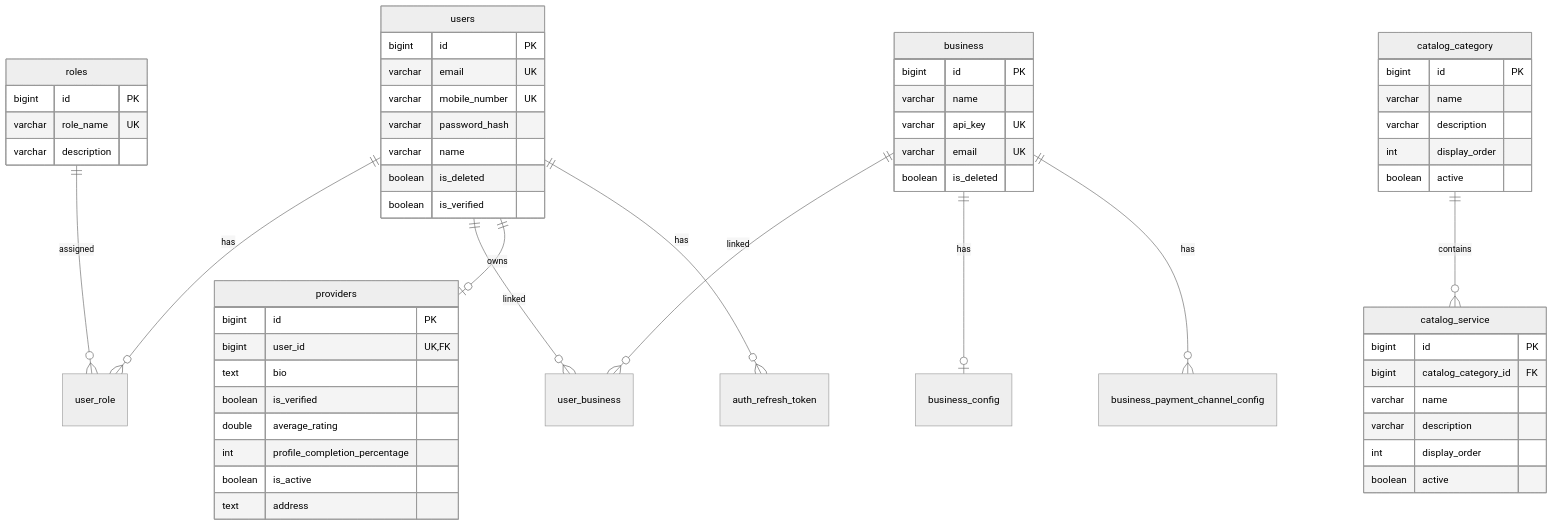
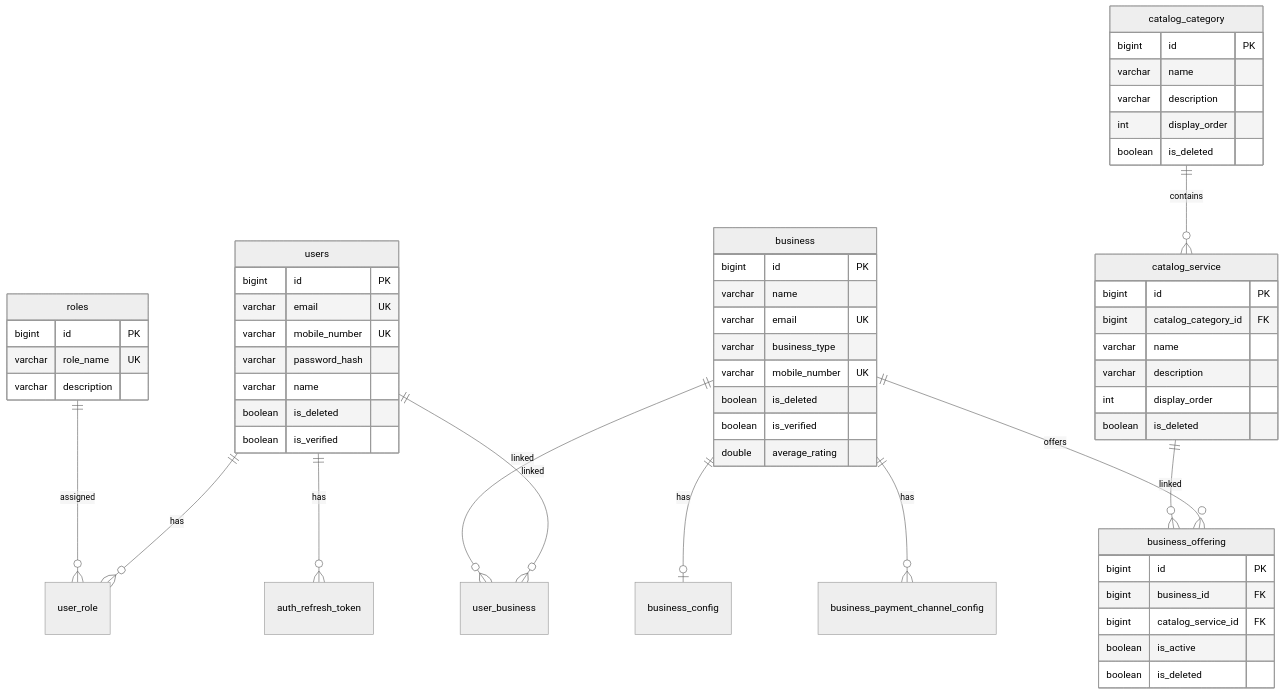
One commit to runalb/digi-payment-gateway changed the diagram in docs/DATABASE.md. Above: the diagram before and after it, drawn with Mermaid (neutral theme). The commit also changed other lines of this file and 7 other files, not shown here.

````diff
--- a/docs/DATABASE.md
+++ b/docs/DATABASE.md
@@ -27,64 +27,65 @@
 ```mermaid
 erDiagram
     users ||--o{ user_role : has
     roles ||--o{ user_role : assigned
     users ||--o{ user_business : linked
     business ||--o{ user_business : linked
-    users ||--o| providers : owns
     users ||--o{ auth_refresh_token : has
     business ||--o| business_config : has
     business ||--o{ business_payment_channel_config : has
+    business ||--o{ business_offering : offers
     catalog_category ||--o{ catalog_service : contains
+    catalog_service ||--o{ business_offering : linked
 
     users {
         bigint id PK
         varchar email UK
         varchar mobile_number UK
         varchar password_hash
         varchar name
         boolean is_deleted
         boolean is_verified
     }
 
     roles {
         bigint id PK
         varchar role_name UK
         varchar description
     }
 
     business {
         bigint id PK
         varchar name
-        varchar api_key UK
         varchar email UK
+        varchar business_type
+        varchar mobile_number UK
         boolean is_deleted
+        boolean is_verified
+        double average_rating
     }
 
-    providers {
+    business_offering {
         bigint id PK
-        bigint user_id UK,FK
-        text bio
-        boolean is_verified
-        double average_rating
-        int profile_completion_percentage
+        bigint business_id FK
+        bigint catalog_service_id FK
         boolean is_active
-        text address
+        boolean is_deleted
     }
 
     catalog_category {
         bigint id PK
         varchar name
         varchar description
         int display_order
-        boolean active
+        boolean is_deleted
     }
 
     catalog_service {
         bigint id PK
         bigint catalog_category_id FK
         varchar name
         varchar description
         int display_order
-        boolean active
+        boolean is_deleted
     }
 ```
````
